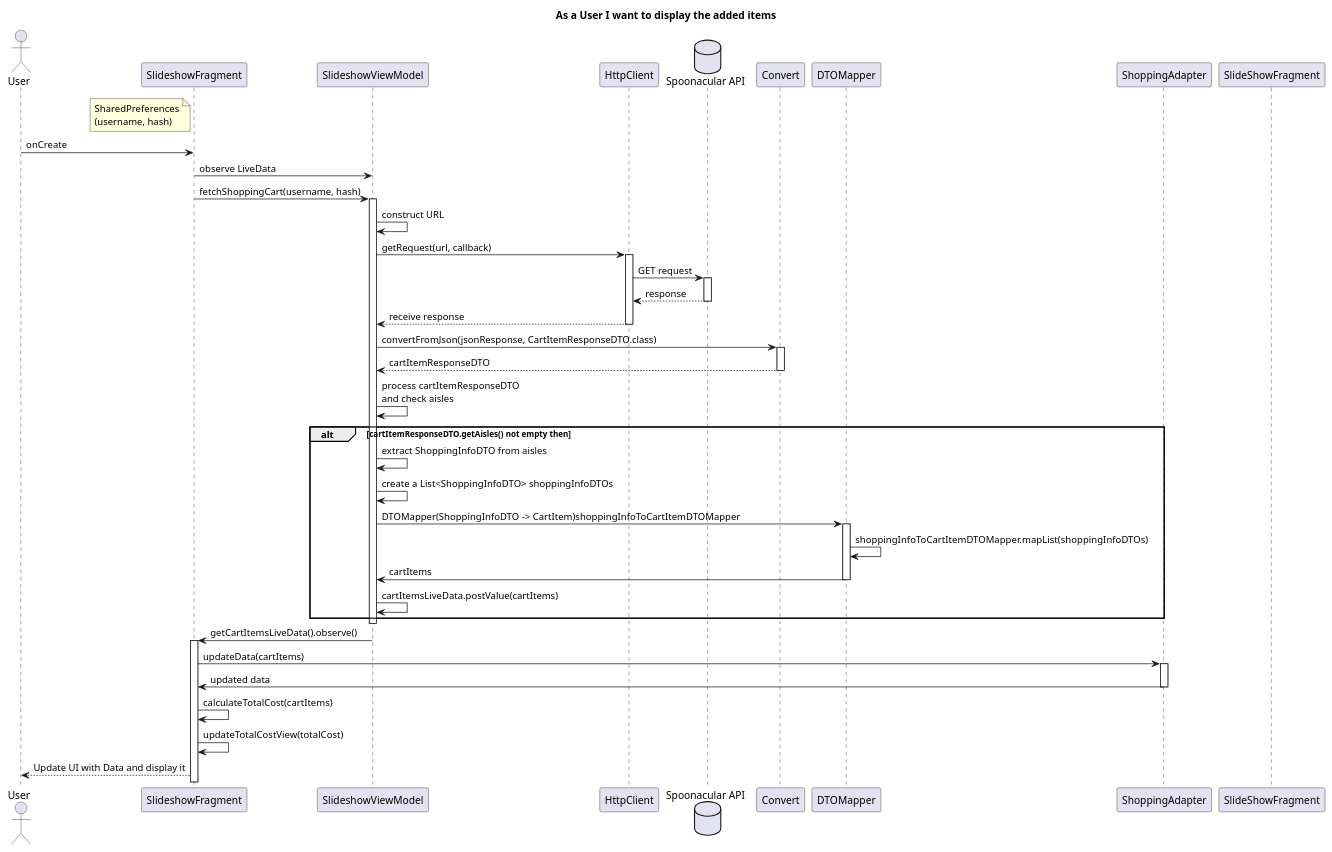
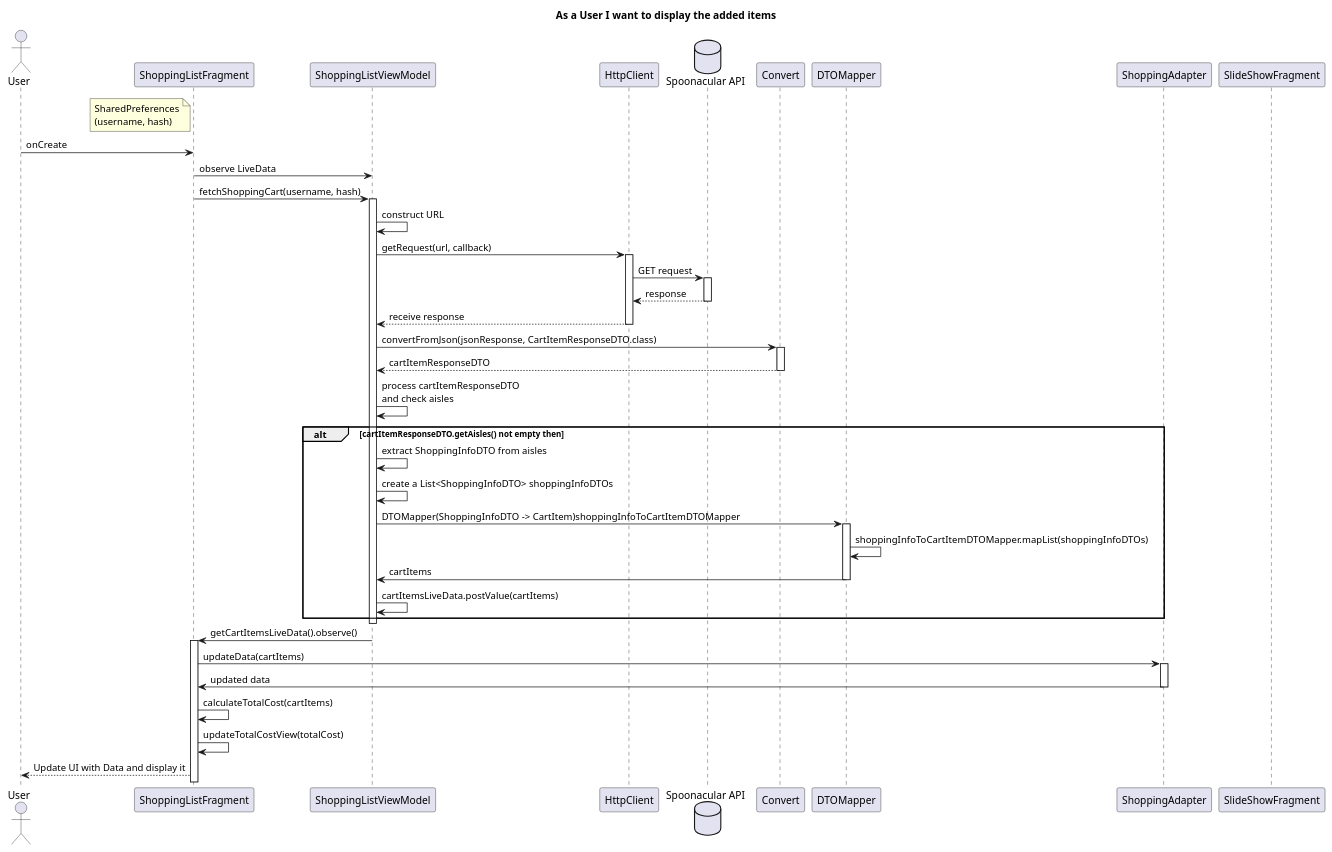
One commit to IsepMartimOliveira/DSSMV_ProjectDroid_1181754 changed the diagram in Documents/US/US06/SD.puml. Above: the diagram before and after it, drawn with PlantUML. The commit also changed 9 other files, not shown here.

```diff
--- a/Documents/US/US06/SD.puml
+++ b/Documents/US/US06/SD.puml
@@ -1,56 +1,56 @@
 @startuml
 title As a User I want to display the added items
 
 actor User as User
 
-participant "SlideshowFragment" as SlideshowFragment
-participant "SlideshowViewModel" as SlideshowViewModel
+participant "ShoppingListFragment" as SlideshowFragment
+participant "ShoppingListViewModel" as SlideshowViewModel
 participant "HttpClient" as HttpClient
 database "Spoonacular API" as Server
 participant "Convert" as Convert
 participant "DTOMapper" as DTOMapper
 participant "ShoppingAdapter" as ShoppingAdapter
 Note left of SlideshowFragment: SharedPreferences\n(username, hash)
 User->SlideshowFragment: onCreate
 SlideshowFragment -> SlideshowViewModel: observe LiveData
 SlideshowFragment -> SlideshowViewModel: fetchShoppingCart(username, hash)
 activate SlideshowViewModel
 SlideshowViewModel -> SlideshowViewModel: construct URL
 SlideshowViewModel -> HttpClient: getRequest(url, callback)
 activate HttpClient
 HttpClient -> Server: GET request
 activate Server
 Server --> HttpClient:  response
 deactivate Server
 HttpClient --> SlideshowViewModel: receive response
 deactivate HttpClient
 SlideshowViewModel -> Convert: convertFromJson(jsonResponse, CartItemResponseDTO.class)
 activate Convert
 Convert --> SlideshowViewModel: cartItemResponseDTO
 deactivate Convert
 
 SlideshowViewModel -> SlideshowViewModel: process cartItemResponseDTO\nand check aisles
 alt cartItemResponseDTO.getAisles() not empty then
   SlideshowViewModel -> SlideshowViewModel: extract ShoppingInfoDTO from aisles
   SlideshowViewModel->SlideshowViewModel: create a List<ShoppingInfoDTO> shoppingInfoDTOs
   SlideshowViewModel -> DTOMapper:  DTOMapper(ShoppingInfoDTO -> CartItem)shoppingInfoToCartItemDTOMapper
   activate DTOMapper
   DTOMapper -> DTOMapper: shoppingInfoToCartItemDTOMapper.mapList(shoppingInfoDTOs)
   DTOMapper -> SlideshowViewModel: cartItems
   deactivate DTOMapper
 SlideshowViewModel->SlideshowViewModel:cartItemsLiveData.postValue(cartItems)
 end if
 deactivate SlideshowViewModel
 
 SlideshowViewModel -> SlideshowFragment: getCartItemsLiveData().observe()
 activate SlideshowFragment
 SlideshowFragment -> ShoppingAdapter: updateData(cartItems)
 activate ShoppingAdapter
 ShoppingAdapter -> SlideshowFragment: updated data
 deactivate ShoppingAdapter
 SlideshowFragment -> SlideshowFragment: calculateTotalCost(cartItems)
 SlideshowFragment -> SlideshowFragment: updateTotalCostView(totalCost)
 SlideshowFragment --> User: Update UI with Data and display it
 deactivate SlideShowFragment
 
 @enduml
```
